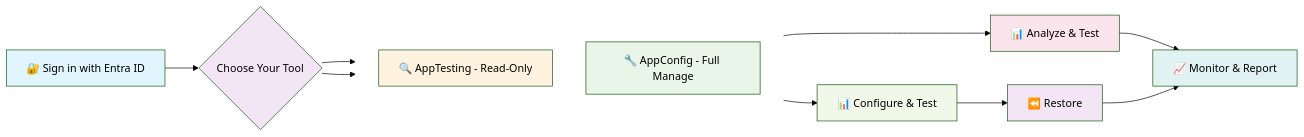
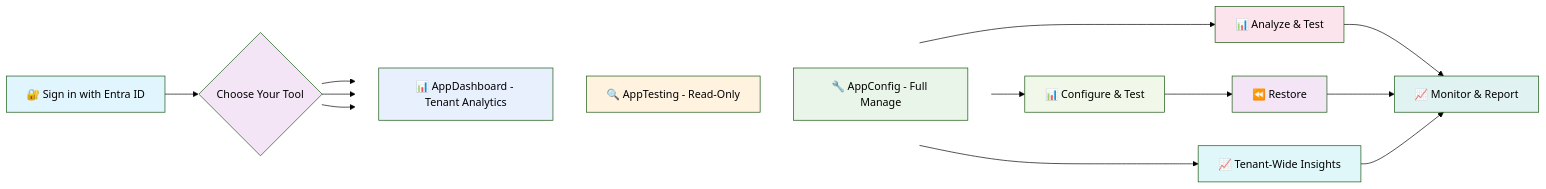
One commit to toninofilip/appconfig-suite changed the diagram in README.md. Above: the diagram before and after it, drawn with Mermaid (forest theme). The commit also changed other lines of this file and 3 other files, not shown here.

Commit message:
README.md, Architecture Overview.md, Features Guide.md and Bug Report.md update

````diff
--- a/README.md
+++ b/README.md
@@ -124,32 +140,37 @@
 ```mermaid
 flowchart LR
     A[🔐 Sign in with Entra ID] --> B{Choose Your Tool}
 
-    %% Vertically stack tool choices (AppTesting above AppConfig)
     subgraph S[ ]
       direction TB
+      I[📊 AppDashboard - Tenant Analytics]
       D[🔍 AppTesting - Read-Only]
       C[🔧 AppConfig - Full Manage]
     end
     style S fill:transparent,stroke:transparent
 
+    B --> I
     B --> D
     B --> C
 
     %% Paths
+    I --> J[📈 Tenant-Wide Insights]
     D --> F[📊 Analyze & Test]
     C --> E[📊 Configure & Test]
     E --> G[⏪ Restore]
     F --> H[📈 Monitor & Report]
     G --> H
+    J --> H
 
     %% Styling
     style A fill:#e1f5fe
     style B fill:#f3e5f5
     style C fill:#e8f5e8
     style D fill:#fff3e0
+    style I fill:#e8f0fe
     style E fill:#f1f8e9
     style F fill:#fce4ec
     style G fill:#f3e5f5
+    style J fill:#e0f7fa
     style H fill:#e0f2f1
 ```
````
